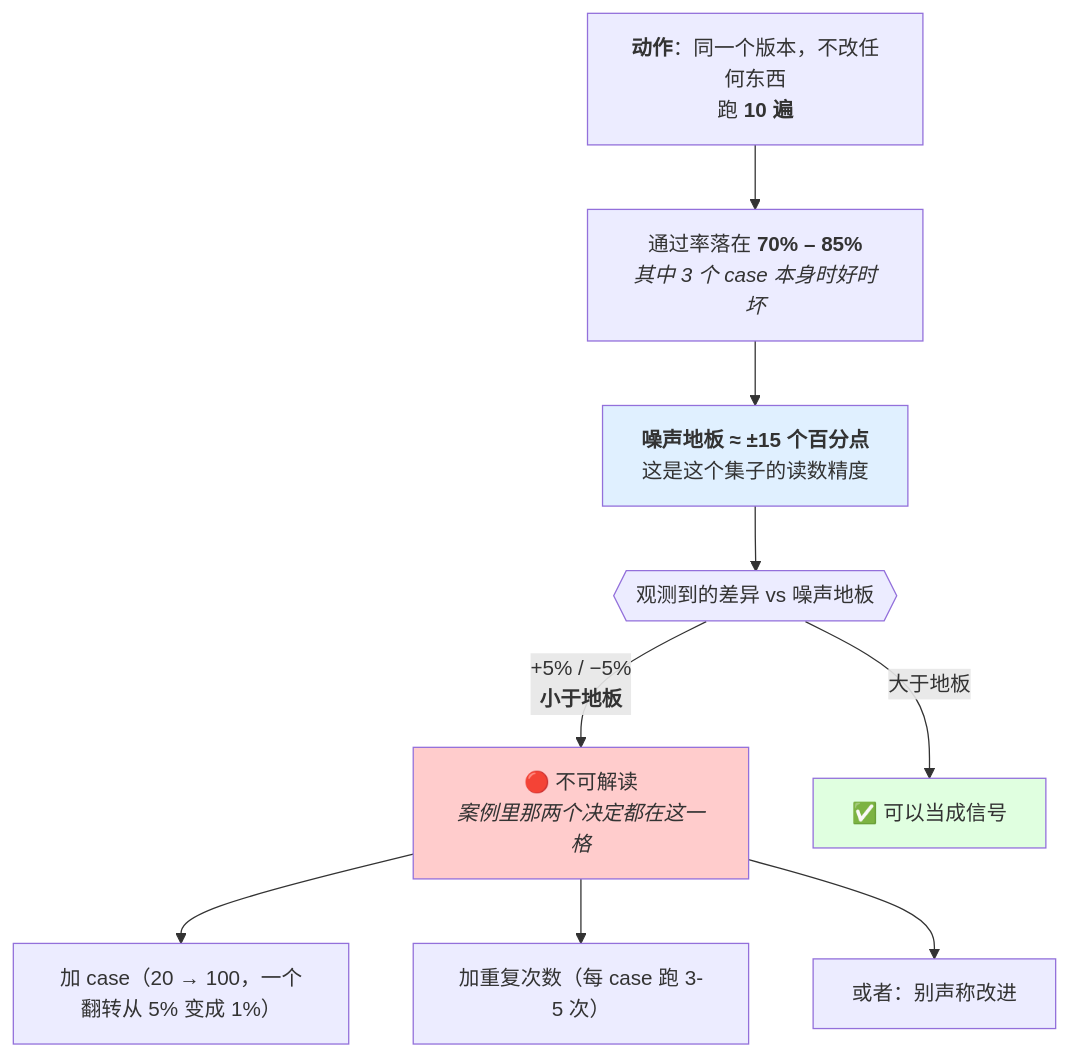
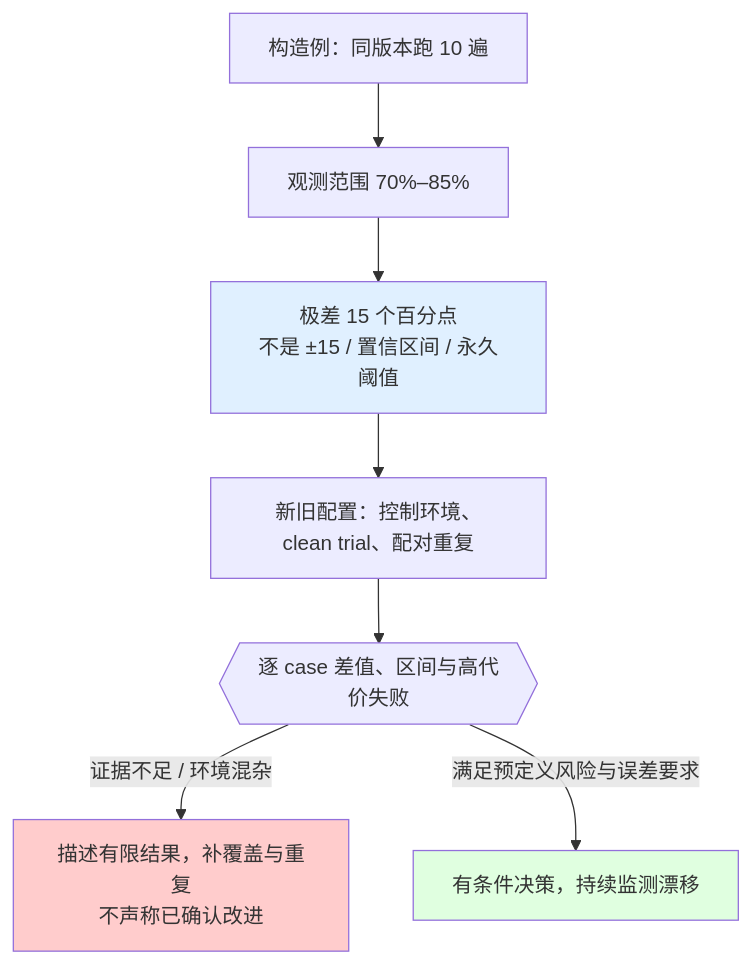
Before and after one commit to didadila/ai-agent-handbook: the seventh of 10 diagrams in handbook/ai-agent/06-评估.md, drawn with Mermaid. The commit also changed other lines of this file and 211 other files, not shown here.

````diff
--- a/handbook/ai-agent/06-评估.md
+++ b/handbook/ai-agent/06-评估.md
@@ -621,17 +665,13 @@
 ```mermaid
 flowchart TB
-    M["<b>动作</b>：同一个版本，不改任何东西<br/>跑 <b>10 遍</b>"] --> RANGE["通过率落在 <b>70% – 85%</b><br/><i>其中 3 个 case 本身时好时坏</i>"]
-    RANGE --> FLOOR["<b>噪声地板 ≈ ±15 个百分点</b><br/>这是这个集子的读数精度"]
-
-    FLOOR --> CMP{{"观测到的差异 vs 噪声地板"}}
-    CMP -->|"+5% / −5%<br/><b>小于地板</b>"| NO["🔴 不可解读<br/><i>案例里那两个决定都在这一格</i>"]
-    CMP -->|"大于地板"| YES["✅ 可以当成信号"]
-
-    NO --> FIX1["加 case（20 → 100，一个翻转从 5% 变成 1%）"]
-    NO --> FIX2["加重复次数（每 case 跑 3-5 次）"]
-    NO --> FIX3["或者：别声称改进"]
+    M["构造例：同版本跑 10 遍"] --> RANGE["观测范围 70%–85%"]
+    RANGE --> FLOOR["极差 15 个百分点<br/>不是 ±15 / 置信区间 / 永久阈值"]
+    FLOOR --> PAIR["新旧配置：控制环境、clean trial、配对重复"]
+    PAIR --> CMP{{"逐 case 差值、区间与高代价失败"}}
+    CMP -->|"证据不足 / 环境混杂"| NO["描述有限结果，补覆盖与重复<br/>不声称已确认改进"]
+    CMP -->|"满足预定义风险与误差要求"| YES["有条件决策，持续监测漂移"]
 
     style FLOOR fill:#e0f0ff
     style NO fill:#ffcccc
     style YES fill:#e0ffe0
 ```
````
